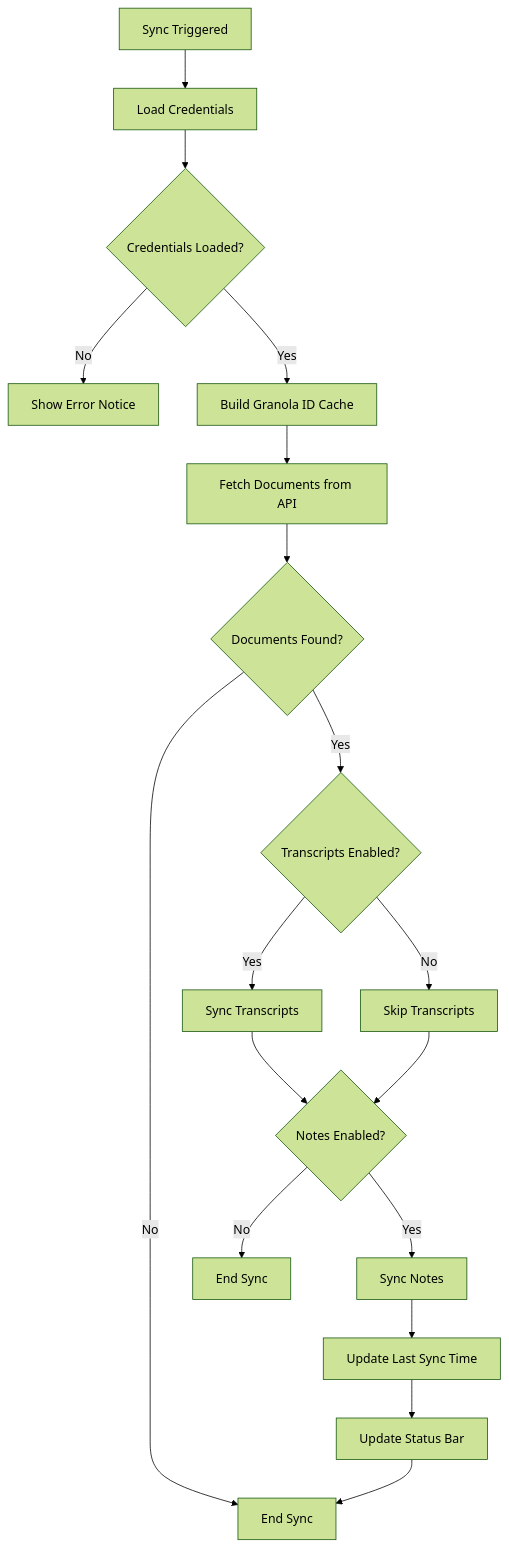
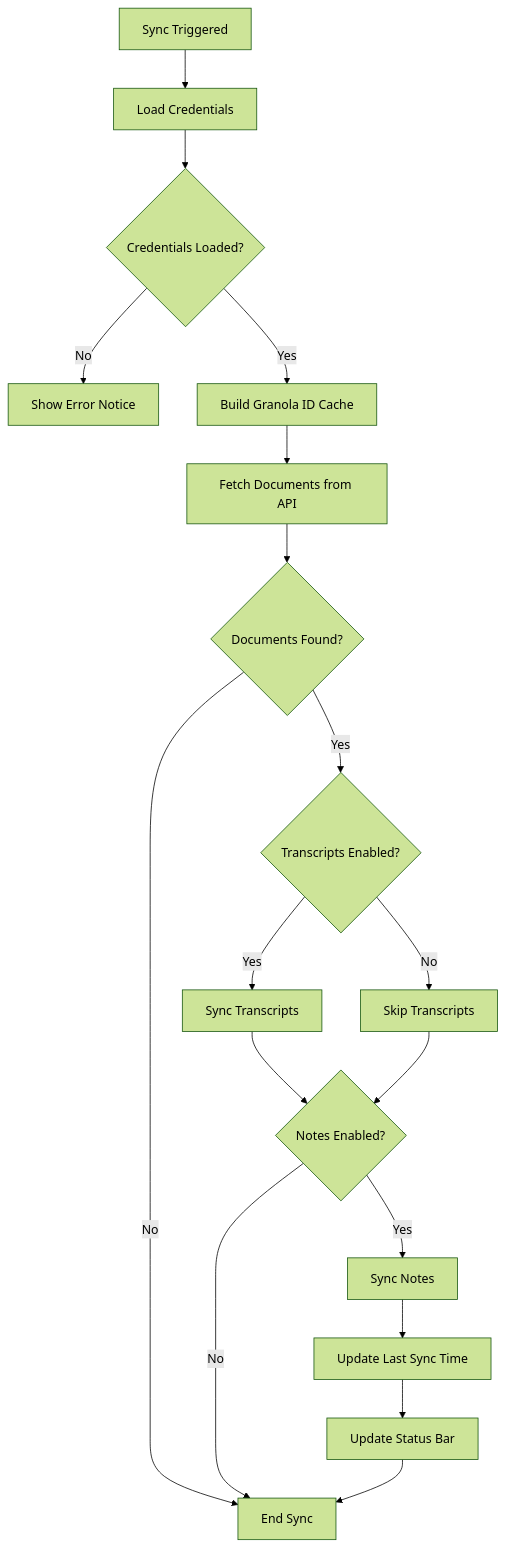
Before and after one commit to tomelliot/obsidian-granola-sync: the first of 7 diagrams in docs/sync-process.md, drawn with Mermaid (forest theme). The commit also changed other lines of this file and 1 other file, not shown here.

Commit message:
docs: add sync process documentation with flowcharts

````diff
--- a/docs/sync-process.md
+++ b/docs/sync-process.md
@@ -11,20 +11,20 @@
 ```mermaid
 flowchart TD
     A[Sync Triggered] --> B[Load Credentials]
     B --> C{Credentials Loaded?}
     C -->|No| D[Show Error Notice]
     C -->|Yes| E[Build Granola ID Cache]
     E --> F[Fetch Documents from API]
     F --> G{Documents Found?}
     G -->|No| H[End Sync]
     G -->|Yes| I{Transcripts Enabled?}
     I -->|Yes| J[Sync Transcripts]
     I -->|No| K[Skip Transcripts]
     J --> L{Notes Enabled?}
     K --> L
     L -->|Yes| M[Sync Notes]
-    L -->|No| N[End Sync]
+    L -->|No| H
     M --> O[Update Last Sync Time]
     O --> P[Update Status Bar]
     P --> H
 ```
````
